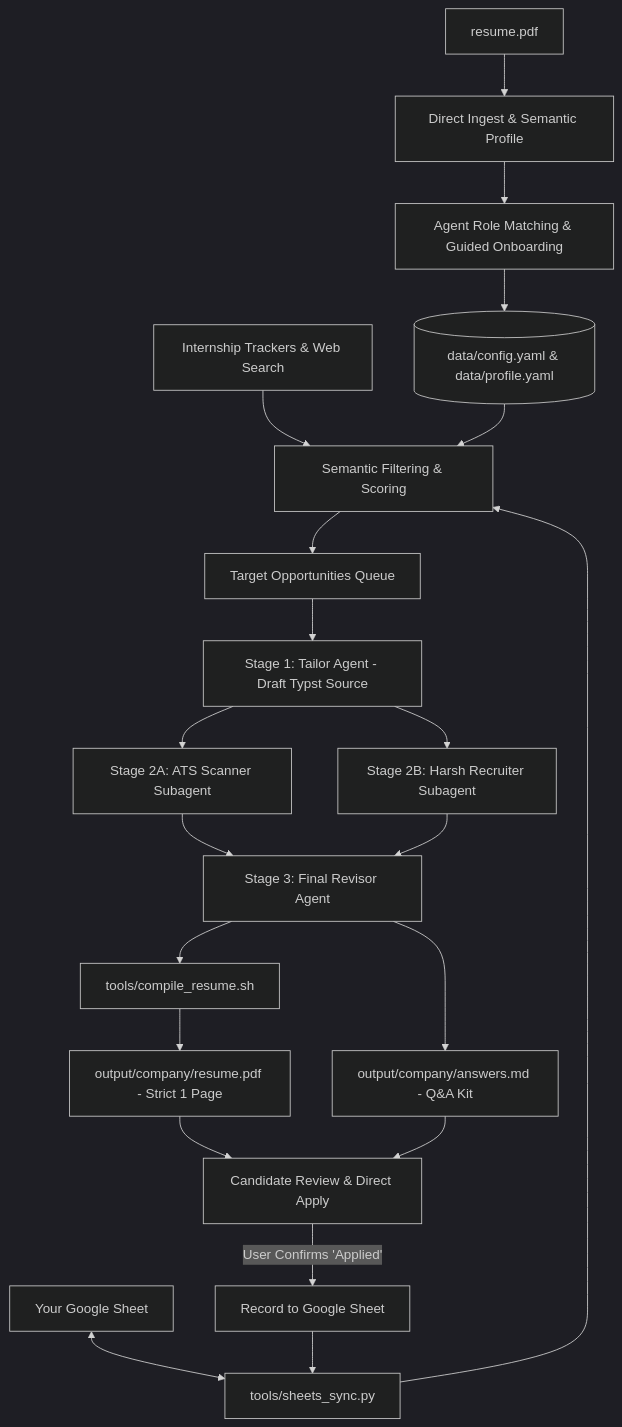
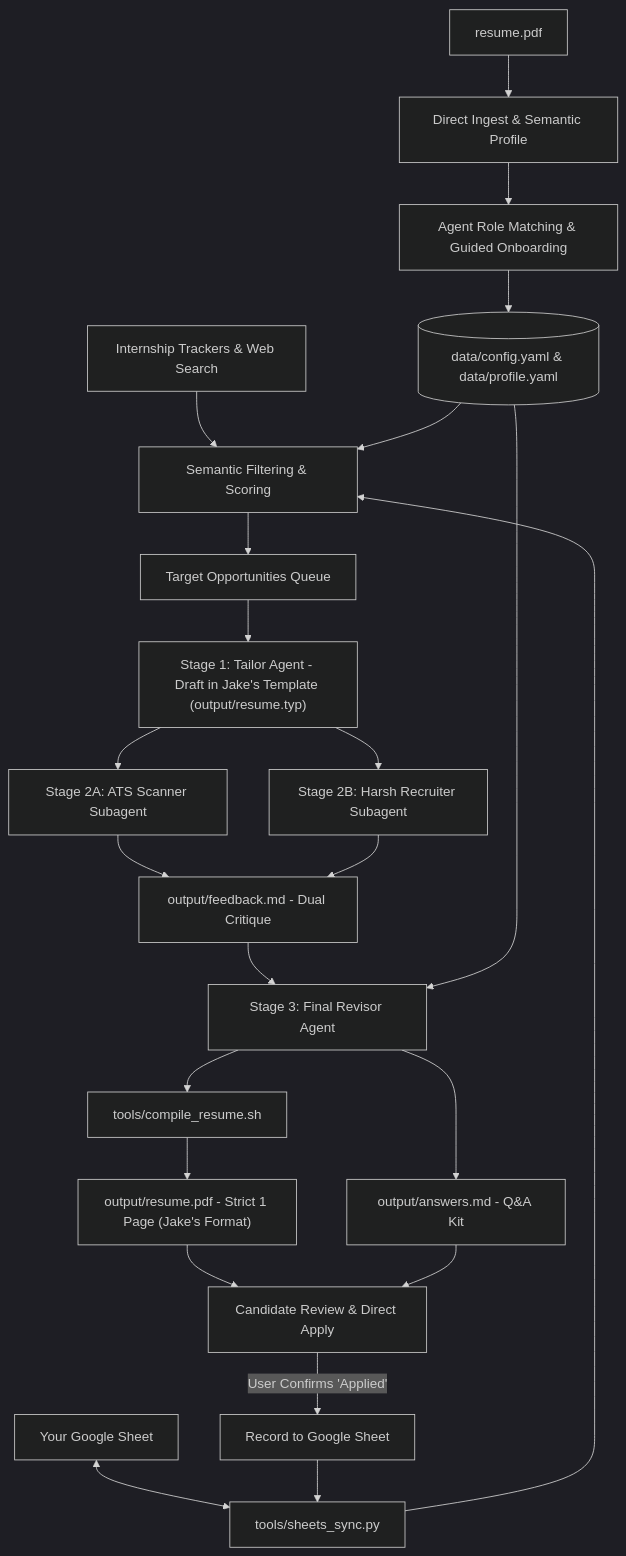
Before and after one commit to AtesIsf/internship-hunter: the diagram in README.md, drawn with Mermaid (dark theme). The commit also changed other lines of this file and 8 other files, not shown here.

Commit message:
feat(templates): adopt Jake's resume standard, single output file, and industry guidelines

````diff
--- a/README.md
+++ b/README.md
@@ -25,23 +25,24 @@
 ```mermaid
 flowchart TD
-    A[resume.pdf] --> B[Direct Ingest & Semantic Profile]
-    B --> C[Agent Role Matching & Guided Onboarding]
-    C --> D[(data/config.yaml & data/profile.yaml)]
+    A["resume.pdf"] --> B["Direct Ingest & Semantic Profile"]
+    B --> C["Agent Role Matching & Guided Onboarding"]
+    C --> D[("data/config.yaml & data/profile.yaml")]
     
-    E[Your Google Sheet] <--> F[tools/sheets_sync.py]
+    E["Your Google Sheet"] <--> F["tools/sheets_sync.py"]
     
-    G[Internship Trackers & Web Search] --> H[Semantic Filtering & Scoring]
+    G["Internship Trackers & Web Search"] --> H["Semantic Filtering & Scoring"]
     D & F --> H
-    H --> I[Target Opportunities Queue]
+    H --> I["Target Opportunities Queue"]
     
-    I --> J[Stage 1: Tailor Agent - Draft Typst Source]
-    J --> K[Stage 2A: ATS Scanner Subagent]
-    J --> L[Stage 2B: Harsh Recruiter Subagent]
-    K & L --> M[Stage 3: Final Revisor Agent]
-    M --> N[tools/compile_resume.sh]
-    N --> O[output/company/resume.pdf - Strict 1 Page]
-    M --> P[output/company/answers.md - Q&A Kit]
-    O & P --> Q[Candidate Review & Direct Apply]
-    Q -->|User Confirms 'Applied'| R[Record to Google Sheet]
+    I --> J["Stage 1: Tailor Agent - Draft in Jake's Template (output/resume.typ)"]
+    J --> K["Stage 2A: ATS Scanner Subagent"]
+    J --> L["Stage 2B: Harsh Recruiter Subagent"]
+    K & L --> S["output/feedback.md - Dual Critique"]
+    S & D --> M["Stage 3: Final Revisor Agent"]
+    M --> N["tools/compile_resume.sh"]
+    N --> O["output/resume.pdf - Strict 1 Page (Jake's Format)"]
+    M --> P["output/answers.md - Q&A Kit"]
+    O & P --> Q["Candidate Review & Direct Apply"]
+    Q -->|"User Confirms 'Applied'"| R["Record to Google Sheet"]
     R --> F
 ```
````
